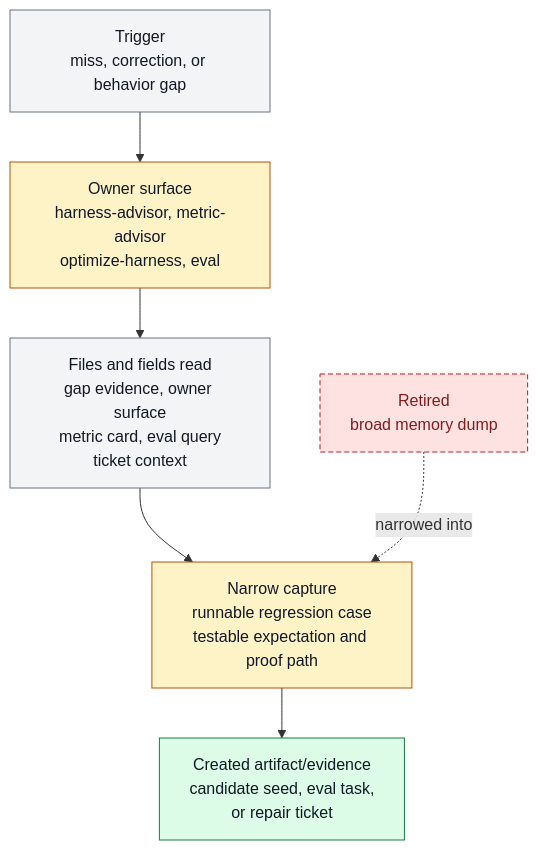
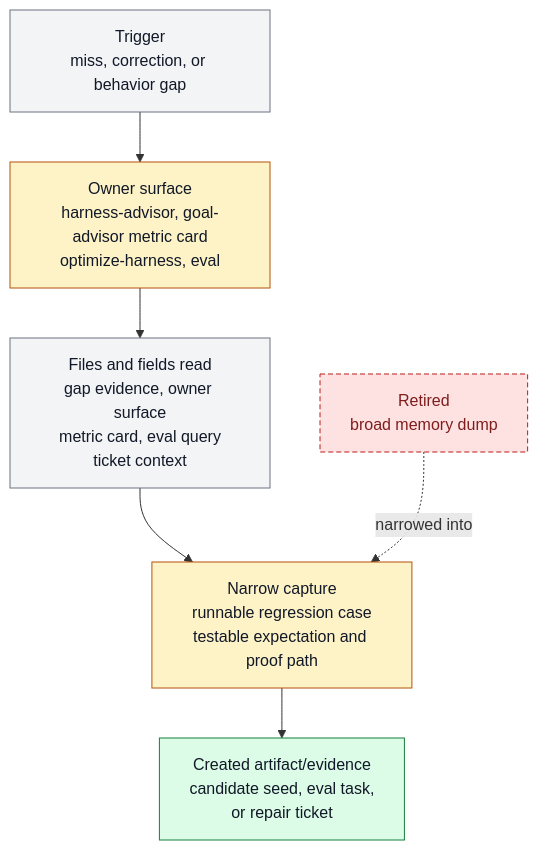
One commit to ZanarkandTechnologies/Farplane changed the diagram in docs/features/FEAT-0039-behavior-correction-hardcase-metadata-and-narrow-eval-capture.md. Above: the diagram before and after it, drawn with Mermaid. The commit also changed other lines of this file and 377 other files, not shown here.

````diff
--- a/docs/features/FEAT-0039-behavior-correction-hardcase-metadata-and-narrow-eval-capture.md
+++ b/docs/features/FEAT-0039-behavior-correction-hardcase-metadata-and-narrow-eval-capture.md
@@ -122,17 +122,17 @@
 ```mermaid
 flowchart TD
   classDef keep fill:#f3f4f6,stroke:#6b7280,color:#111827
   classDef changed fill:#fef3c7,stroke:#b45309,color:#111827
   classDef added fill:#dcfce7,stroke:#15803d,color:#111827
   classDef retired fill:#fee2e2,stroke:#b91c1c,color:#7f1d1d,stroke-dasharray: 5 3
 
   trigger["Trigger<br/>miss, correction, or behavior gap"]:::keep
-  owner["Owner surface<br/>harness-advisor, metric-advisor<br/>optimize-harness, eval"]:::changed
+  owner["Owner surface<br/>harness-advisor, goal-advisor metric card<br/>optimize-harness, eval"]:::changed
   readers["Files and fields read<br/>gap evidence, owner surface<br/>metric card, eval query<br/>ticket context"]:::keep
   capture["Narrow capture<br/>runnable regression case<br/>testable expectation and proof path"]:::changed
   artifact["Created artifact/evidence<br/>candidate seed, eval task,<br/>or repair ticket"]:::added
   old["Retired<br/>broad memory dump"]:::retired
 
   trigger --> owner --> readers --> capture --> artifact
   old -. narrowed into .-> capture
 ```
````
